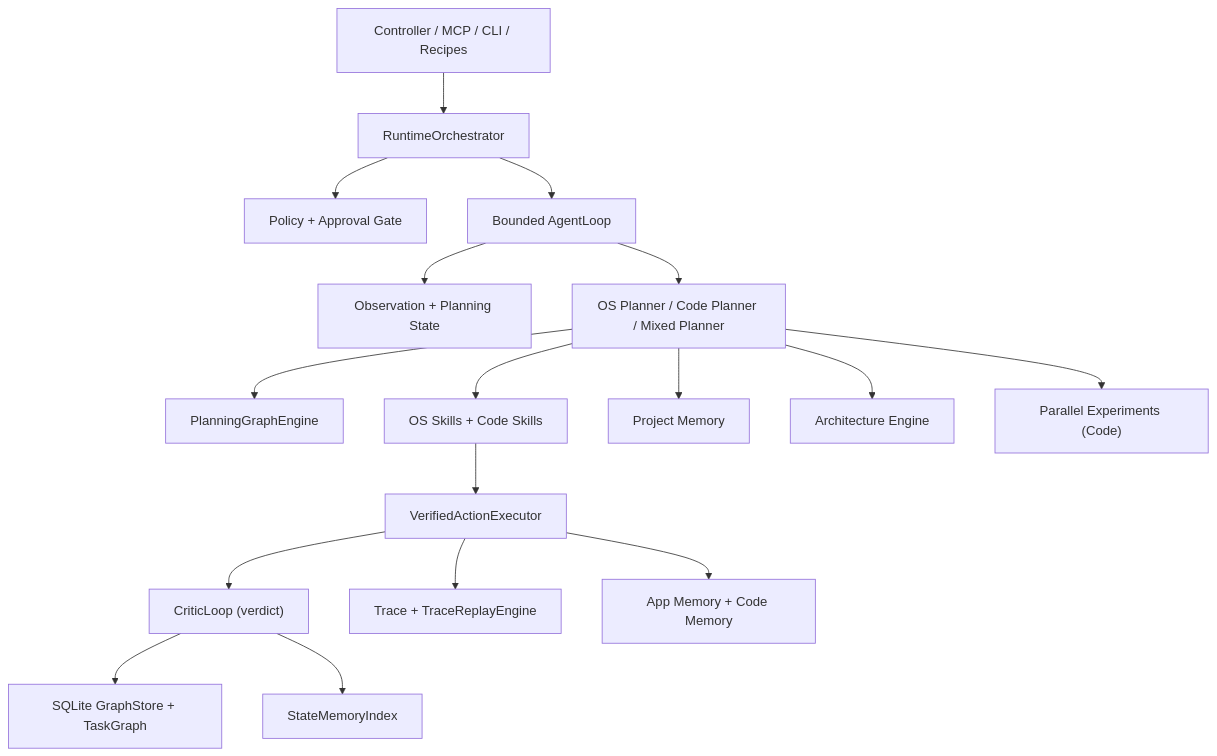
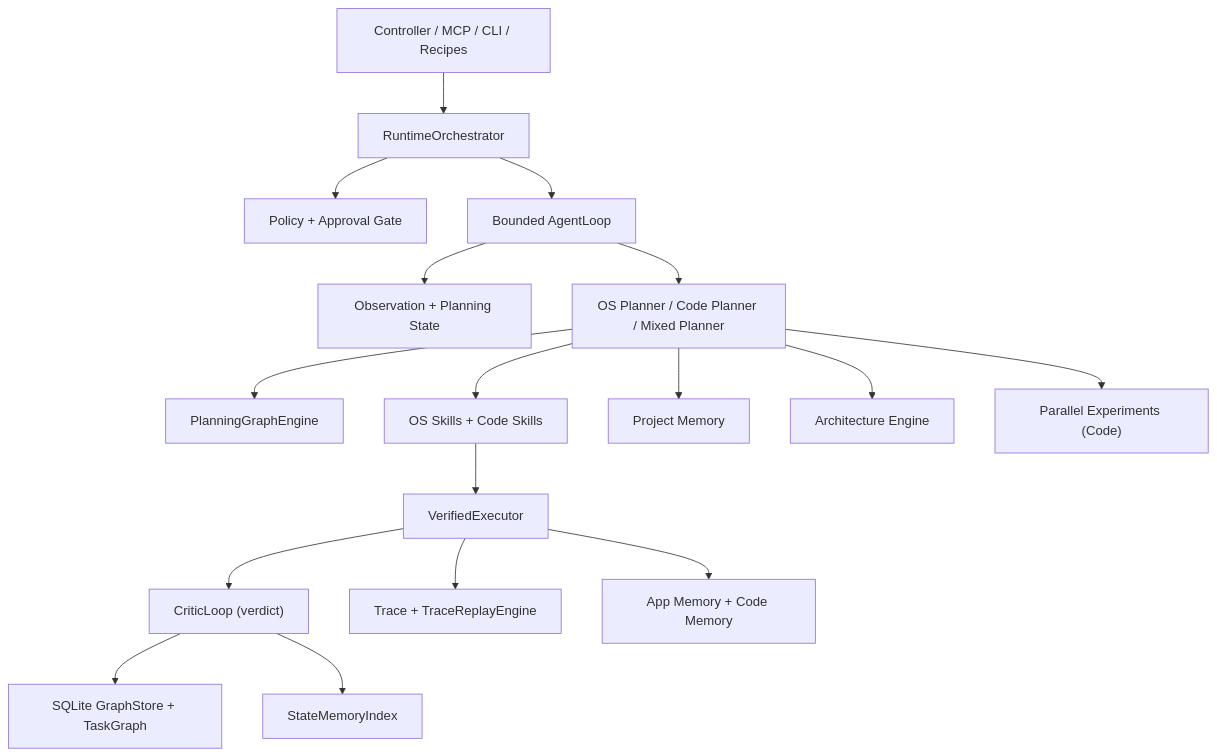
One commit to dawsonblock/Oracle-OS changed the diagram in README.md. Above: the diagram before and after it, drawn with Mermaid. The commit also changed other lines of this file and 9 other files, not shown here.

````diff
--- a/README.md
+++ b/README.md
@@ -92,19 +92,19 @@
 ```mermaid
 graph TD
     Surface["Controller / MCP / CLI / Recipes"] --> Runtime["RuntimeOrchestrator"]
     Runtime --> Policy["Policy + Approval Gate"]
     Runtime --> Loop["Bounded AgentLoop"]
     Loop --> Observation["Observation + Planning State"]
     Loop --> Planner["OS Planner / Code Planner / Mixed Planner"]
     Planner --> PG["PlanningGraphEngine"]
     Planner --> Skills["OS Skills + Code Skills"]
-    Skills --> Exec["VerifiedActionExecutor"]
+    Skills --> Exec["VerifiedExecutor"]
     Exec --> Critic["CriticLoop (verdict)"]
     Critic --> Graph["SQLite GraphStore + TaskGraph"]
     Critic --> SM["StateMemoryIndex"]
     Exec --> Trace["Trace + TraceReplayEngine"]
     Exec --> Memory["App Memory + Code Memory"]
     Planner --> PM["Project Memory"]
     Planner --> Arch["Architecture Engine"]
     Planner --> Exp["Parallel Experiments (Code)"]
 ```
````
